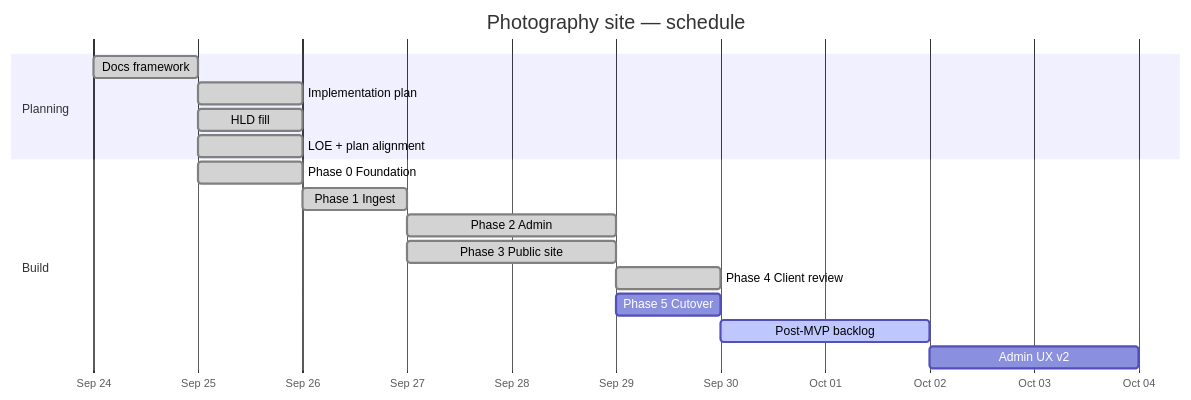
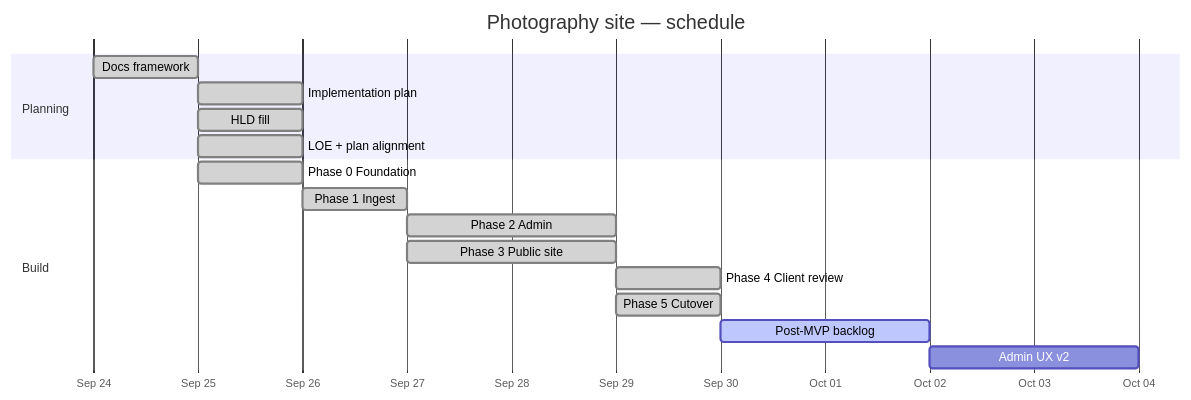
One commit to cjlawson02/photography changed the diagram in docs/PROGRESS.md. Above: the diagram before and after it, drawn with Mermaid. The commit also changed other lines of this file and 2 other files, not shown here.

Commit message:
Close Phase 5 cutover docs: monitoring setup, rollback, and status sync.

````diff
--- a/docs/PROGRESS.md
+++ b/docs/PROGRESS.md
@@ -30,22 +30,22 @@
 ```mermaid
 gantt
   title Photography site — schedule
   dateFormat YYYY-MM-DD
   axisFormat %b %d
 
   section Planning
   Docs framework            :done,    docs, 2026-09-24, 1d
   Implementation plan       :done,    impl, 2026-09-25, 1d
   HLD fill                  :done,    hld,  2026-09-25, 1d
   LOE + plan alignment      :done,    loe,  2026-09-25, 1d
 
   section Build
   Phase 0 Foundation        :done,    p0, 2026-09-25, 1d
   Phase 1 Ingest            :done,    p1, after p0, 1d
   Phase 2 Admin             :done,    p2, after p1, 2d
   Phase 3 Public site       :done,    p3, after p1, 2d
   Phase 4 Client review     :done,    p4, after p2, 1d
-  Phase 5 Cutover           :         p5, after p3, 1d
+  Phase 5 Cutover           :done,    p5, after p3, 1d
   Post-MVP backlog          :active,  p25, after p4, 2d
   Admin UX v2               :         p26, after p25, 2d
 ```
````
